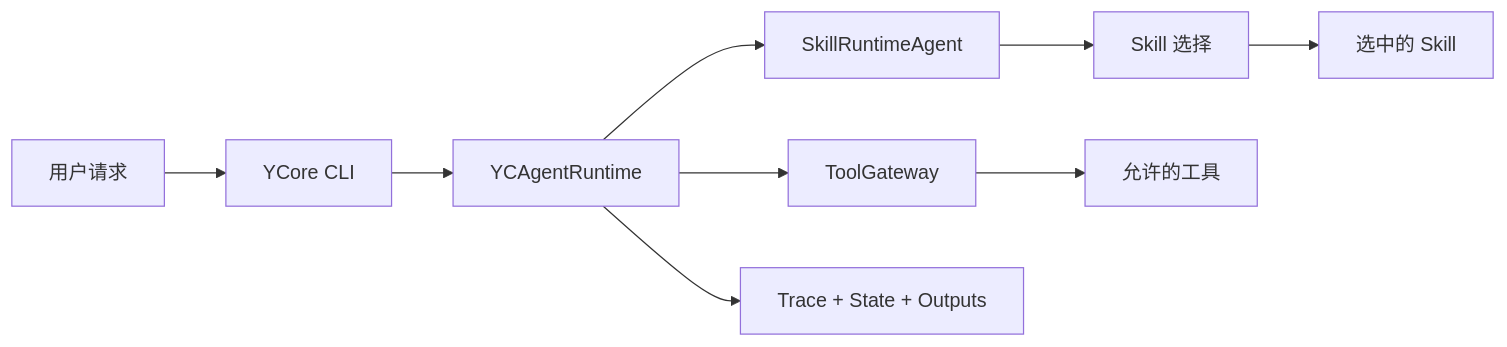
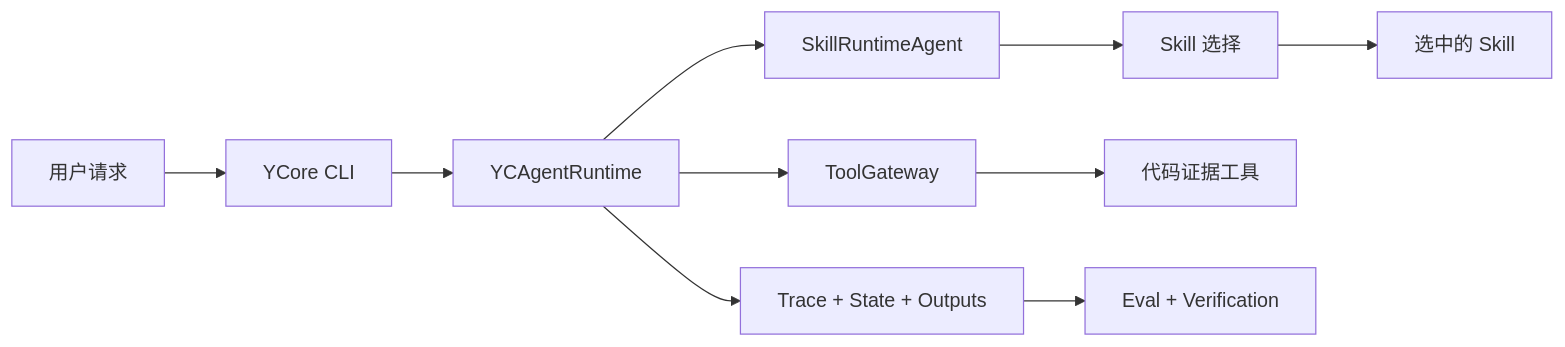
One commit to rouchuan123/yc-agents changed the diagram in README.md. Above: the diagram before and after it, drawn with Mermaid. The commit also changed other lines of this file and 77 other files, not shown here.

````diff
--- a/README.md
+++ b/README.md
@@ -63,11 +64,12 @@
 ```mermaid
 flowchart LR
     User["用户请求"] --> CLI["YCore CLI"]
     CLI --> Runtime["YCAgentRuntime"]
     Runtime --> Agent["SkillRuntimeAgent"]
     Agent --> Selector["Skill 选择"]
     Selector --> Skill["选中的 Skill"]
     Runtime --> Gateway["ToolGateway"]
-    Gateway --> Tools["允许的工具"]
+    Gateway --> Tools["代码证据工具"]
     Runtime --> Trace["Trace + State + Outputs"]
+    Trace --> Eval["Eval + Verification"]
 ```
````
